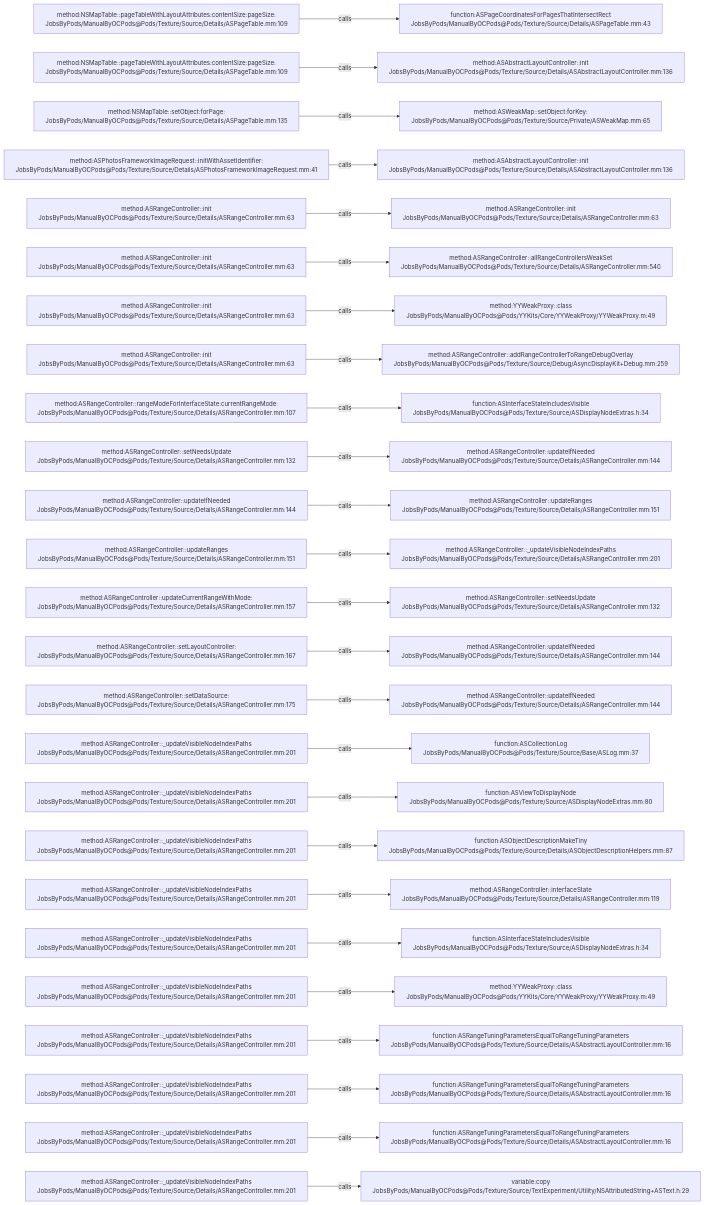
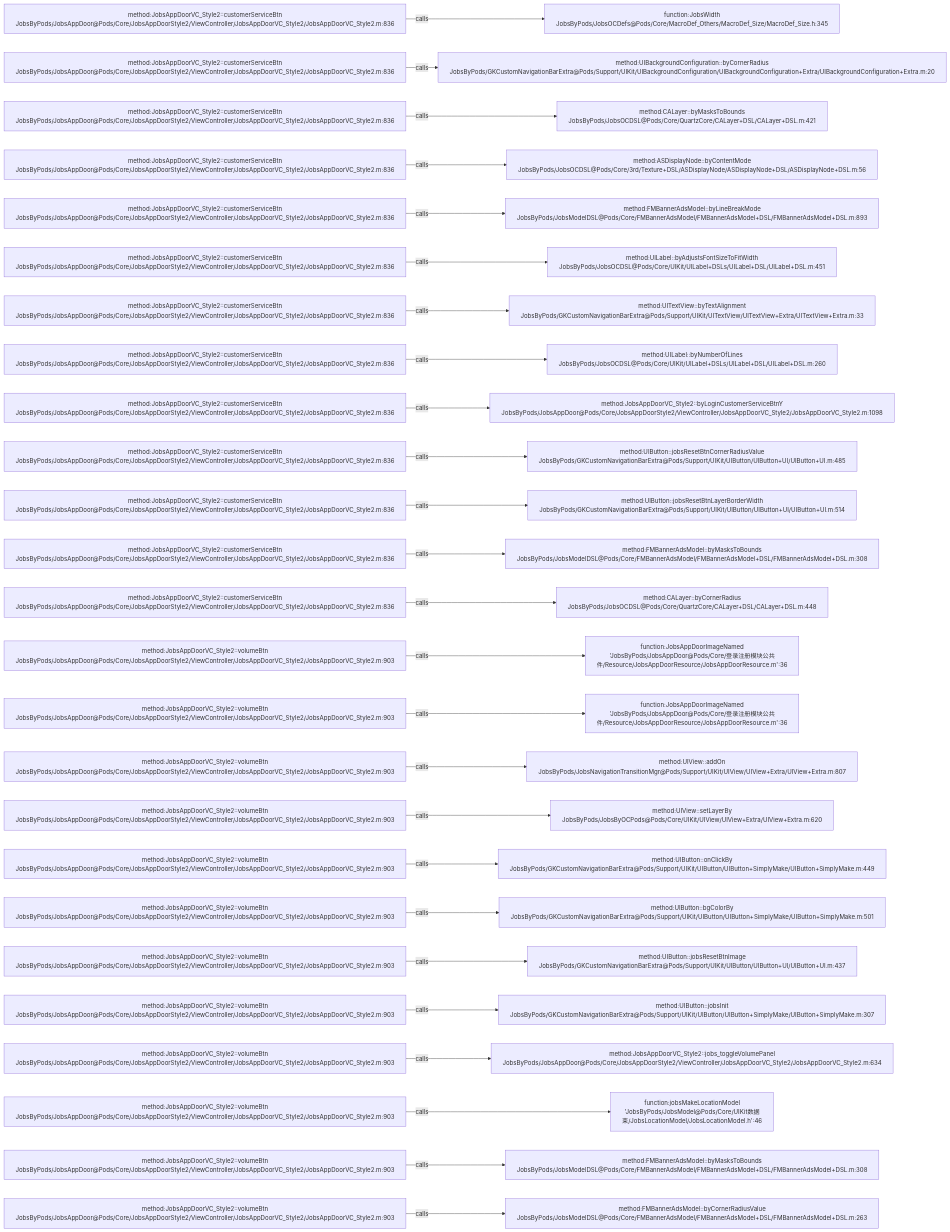
One commit to JobsKits/JobsOCBaseConfigDemo changed the diagram in .codegraph/codegraph.md/graphs/calls-147.md. Above: the diagram before and after it, drawn with Mermaid. The commit also changed 768 other files, not shown here.

````diff
--- a/.codegraph/codegraph.md/graphs/calls-147.md
+++ b/.codegraph/codegraph.md/graphs/calls-147.md
@@ -13,78 +13,78 @@
 ```mermaid
 flowchart LR
-  S1["method:NSMapTable::pageTableWithLayoutAttributes:contentSize:pageSize:<br/>JobsByPods/ManualByOCPods@Pods/Texture/Source/Details/ASPageTable.mm:109"]
-  T1["function:ASPageCoordinatesForPagesThatIntersectRect<br/>JobsByPods/ManualByOCPods@Pods/Texture/Source/Details/ASPageTable.mm:43"]
+  S1["method:JobsAppDoorVC_Style2::customerServiceBtn<br/>JobsByPods/JobsAppDoor@Pods/Core/JobsAppDoorStyle2/ViewController/JobsAppDoorVC_Style2/JobsAppDoorVC_Style2.m:836"]
+  T1["function:JobsWidth<br/>JobsByPods/JobsOCDefs@Pods/Core/MacroDef_Others/MacroDef_Size/MacroDef_Size.h:345"]
   S1 -->|calls| T1
-  S2["method:NSMapTable::pageTableWithLayoutAttributes:contentSize:pageSize:<br/>JobsByPods/ManualByOCPods@Pods/Texture/Source/Details/ASPageTable.mm:109"]
-  T2["method:ASAbstractLayoutController::init<br/>JobsByPods/ManualByOCPods@Pods/Texture/Source/Details/ASAbstractLayoutController.mm:136"]
+  S2["method:JobsAppDoorVC_Style2::customerServiceBtn<br/>JobsByPods/JobsAppDoor@Pods/Core/JobsAppDoorStyle2/ViewController/JobsAppDoorVC_Style2/JobsAppDoorVC_Style2.m:836"]
+  T2["method:UIBackgroundConfiguration::byCornerRadius<br/>JobsByPods/GKCustomNavigationBarExtra@Pods/Support/UIKit/UIBackgroundConfiguration/UIBackgroundConfiguration+Extra/UIBackgroundConfiguration+Extra.m:20"]
   S2 -->|calls| T2
-  S3["method:NSMapTable::setObject:forPage:<br/>JobsByPods/ManualByOCPods@Pods/Texture/Source/Details/ASPageTable.mm:135"]
-  T3["method:ASWeakMap::setObject:forKey:<br/>JobsByPods/ManualByOCPods@Pods/Texture/Source/Private/ASWeakMap.mm:65"]
+  S3["method:JobsAppDoorVC_Style2::customerServiceBtn<br/>JobsByPods/JobsAppDoor@Pods/Core/JobsAppDoorStyle2/ViewController/JobsAppDoorVC_Style2/JobsAppDoorVC_Style2.m:836"]
+  T3["method:CALayer::byMasksToBounds<br/>JobsByPods/JobsOCDSL@Pods/Core/QuartzCore/CALayer+DSL/CALayer+DSL.m:421"]
   S3 -->|calls| T3
-  S4["method:ASPhotosFrameworkImageRequest::initWithAssetIdentifier:<br/>JobsByPods/ManualByOCPods@Pods/Texture/Source/Details/ASPhotosFrameworkImageRequest.mm:41"]
-  T4["method:ASAbstractLayoutController::init<br/>JobsByPods/ManualByOCPods@Pods/Texture/Source/Details/ASAbstractLayoutController.mm:136"]
+  S4["method:JobsAppDoorVC_Style2::customerServiceBtn<br/>JobsByPods/JobsAppDoor@Pods/Core/JobsAppDoorStyle2/ViewController/JobsAppDoorVC_Style2/JobsAppDoorVC_Style2.m:836"]
+  T4["method:ASDisplayNode::byContentMode<br/>JobsByPods/JobsOCDSL@Pods/Core/3rd/Texture+DSL/ASDisplayNode/ASDisplayNode+DSL/ASDisplayNode+DSL.m:56"]
   S4 -->|calls| T4
-  S5["method:ASRangeController::init<br/>JobsByPods/ManualByOCPods@Pods/Texture/Source/Details/ASRangeController.mm:63"]
-  T5["method:ASRangeController::init<br/>JobsByPods/ManualByOCPods@Pods/Texture/Source/Details/ASRangeController.mm:63"]
+  S5["method:JobsAppDoorVC_Style2::customerServiceBtn<br/>JobsByPods/JobsAppDoor@Pods/Core/JobsAppDoorStyle2/ViewController/JobsAppDoorVC_Style2/JobsAppDoorVC_Style2.m:836"]
+  T5["method:FMBannerAdsModel::byLineBreakMode<br/>JobsByPods/JobsModelDSL@Pods/Core/FMBannerAdsModel/FMBannerAdsModel+DSL/FMBannerAdsModel+DSL.m:893"]
   S5 -->|calls| T5
-  S6["method:ASRangeController::init<br/>JobsByPods/ManualByOCPods@Pods/Texture/Source/Details/ASRangeController.mm:63"]
-  T6["method:ASRangeController::allRangeControllersWeakSet<br/>JobsByPods/ManualByOCPods@Pods/Texture/Source/Details/ASRangeController.mm:540"]
+  S6["method:JobsAppDoorVC_Style2::customerServiceBtn<br/>JobsByPods/JobsAppDoor@Pods/Core/JobsAppDoorStyle2/ViewController/JobsAppDoorVC_Style2/JobsAppDoorVC_Style2.m:836"]
+  T6["method:UILabel::byAdjustsFontSizeToFitWidth<br/>JobsByPods/JobsOCDSL@Pods/Core/UIKit/UILabel+DSLs/UILabel+DSL/UILabel+DSL.m:451"]
   S6 -->|calls| T6
-  S7["method:ASRangeController::init<br/>JobsByPods/ManualByOCPods@Pods/Texture/Source/Details/ASRangeController.mm:63"]
-  T7["method:YYWeakProxy::class<br/>JobsByPods/ManualByOCPods@Pods/YYKits/Core/YYWeakProxy/YYWeakProxy.m:49"]
+  S7["method:JobsAppDoorVC_Style2::customerServiceBtn<br/>JobsByPods/JobsAppDoor@Pods/Core/JobsAppDoorStyle2/ViewController/JobsAppDoorVC_Style2/JobsAppDoorVC_Style2.m:836"]
+  T7["method:UITextView::byTextAlignment<br/>JobsByPods/GKCustomNavigationBarExtra@Pods/Support/UIKit/UITextView/UITextView+Extra/UITextView+Extra.m:33"]
   S7 -->|calls| T7
-  S8["method:ASRangeController::init<br/>JobsByPods/ManualByOCPods@Pods/Texture/Source/Details/ASRangeController.mm:63"]
-  T8["method:ASRangeController::addRangeControllerToRangeDebugOverlay<br/>JobsByPods/ManualByOCPods@Pods/Texture/Source/Debug/AsyncDisplayKit+Debug.mm:259"]
+  S8["method:JobsAppDoorVC_Style2::customerServiceBtn<br/>JobsByPods/JobsAppDoor@Pods/Core/JobsAppDoorStyle2/ViewController/JobsAppDoorVC_Style2/JobsAppDoorVC_Style2.m:836"]
+  T8["method:UILabel::byNumberOfLines<br/>JobsByPods/JobsOCDSL@Pods/Core/UIKit/UILabel+DSLs/UILabel+DSL/UILabel+DSL.m:260"]
   S8 -->|calls| T8
-  S9["method:ASRangeController::rangeModeForInterfaceState:currentRangeMode:<br/>JobsByPods/ManualByOCPods@Pods/Texture/Source/Details/ASRangeController.mm:107"]
-  T9["function:ASInterfaceStateIncludesVisible<br/>JobsByPods/ManualByOCPods@Pods/Texture/Source/ASDisplayNodeExtras.h:34"]
+  S9["method:JobsAppDoorVC_Style2::customerServiceBtn<br/>JobsByPods/JobsAppDoor@Pods/Core/JobsAppDoorStyle2/ViewController/JobsAppDoorVC_Style2/JobsAppDoorVC_Style2.m:836"]
+  T9["method:JobsAppDoorVC_Style2::byLoginCustomerServiceBtnY<br/>JobsByPods/JobsAppDoor@Pods/Core/JobsAppDoorStyle2/ViewController/JobsAppDoorVC_Style2/JobsAppDoorVC_Style2.m:1098"]
   S9 -->|calls| T9
-  S10["method:ASRangeController::setNeedsUpdate<br/>JobsByPods/ManualByOCPods@Pods/Texture/Source/Details/ASRangeController.mm:132"]
-  T10["method:ASRangeController::updateIfNeeded<br/>JobsByPods/ManualByOCPods@Pods/Texture/Source/Details/ASRangeController.mm:144"]
+  S10["method:JobsAppDoorVC_Style2::customerServiceBtn<br/>JobsByPods/JobsAppDoor@Pods/Core/JobsAppDoorStyle2/ViewController/JobsAppDoorVC_Style2/JobsAppDoorVC_Style2.m:836"]
+  T10["method:UIButton::jobsResetBtnCornerRadiusValue<br/>JobsByPods/GKCustomNavigationBarExtra@Pods/Support/UIKit/UIButton/UIButton+UI/UIButton+UI.m:485"]
   S10 -->|calls| T10
-  S11["method:ASRangeController::updateIfNeeded<br/>JobsByPods/ManualByOCPods@Pods/Texture/Source/Details/ASRangeController.mm:144"]
-  T11["method:ASRangeController::updateRanges<br/>JobsByPods/ManualByOCPods@Pods/Texture/Source/Details/ASRangeController.mm:151"]
+  S11["method:JobsAppDoorVC_Style2::customerServiceBtn<br/>JobsByPods/JobsAppDoor@Pods/Core/JobsAppDoorStyle2/ViewController/JobsAppDoorVC_Style2/JobsAppDoorVC_Style2.m:836"]
+  T11["method:UIButton::jobsResetBtnLayerBorderWidth<br/>JobsByPods/GKCustomNavigationBarExtra@Pods/Support/UIKit/UIButton/UIButton+UI/UIButton+UI.m:514"]
   S11 -->|calls| T11
-  S12["method:ASRangeController::updateRanges<br/>JobsByPods/ManualByOCPods@Pods/Texture/Source/Details/ASRangeController.mm:151"]
-  T12["method:ASRangeController::_updateVisibleNodeIndexPaths<br/>JobsByPods/ManualByOCPods@Pods/Texture/Source/Details/ASRangeController.mm:201"]
+  S12["method:JobsAppDoorVC_Style2::customerServiceBtn<br/>JobsByPods/JobsAppDoor@Pods/Core/JobsAppDoorStyle2/ViewController/JobsAppDoorVC_Style2/JobsAppDoorVC_Style2.m:836"]
+  T12["method:FMBannerAdsModel::byMasksToBounds<br/>JobsByPods/JobsModelDSL@Pods/Core/FMBannerAdsModel/FMBannerAdsModel+DSL/FMBannerAdsModel+DSL.m:308"]
   S12 -->|calls| T12
-  S13["method:ASRangeController::updateCurrentRangeWithMode:<br/>JobsByPods/ManualByOCPods@Pods/Texture/Source/Details/ASRangeController.mm:157"]
-  T13["method:ASRangeController::setNeedsUpdate<br/>JobsByPods/ManualByOCPods@Pods/Texture/Source/Details/ASRangeController.mm:132"]
+  S13["method:JobsAppDoorVC_Style2::customerServiceBtn<br/>JobsByPods/JobsAppDoor@Pods/Core/JobsAppDoorStyle2/ViewController/JobsAppDoorVC_Style2/JobsAppDoorVC_Style2.m:836"]
+  T13["method:CALayer::byCornerRadius<br/>JobsByPods/JobsOCDSL@Pods/Core/QuartzCore/CALayer+DSL/CALayer+DSL.m:448"]
   S13 -->|calls| T13
-  S14["method:ASRangeController::setLayoutController:<br/>JobsByPods/ManualByOCPods@Pods/Texture/Source/Details/ASRangeController.mm:167"]
-  T14["method:ASRangeController::updateIfNeeded<br/>JobsByPods/ManualByOCPods@Pods/Texture/Source/Details/ASRangeController.mm:144"]
+  S14["method:JobsAppDoorVC_Style2::volumeBtn<br/>JobsByPods/JobsAppDoor@Pods/Core/JobsAppDoorStyle2/ViewController/JobsAppDoorVC_Style2/JobsAppDoorVC_Style2.m:903"]
+  T14["function:JobsAppDoorImageNamed<br/>'JobsByPods/JobsAppDoor@Pods/Core/登录注册模块公共件/Resource/JobsAppDoorResource/JobsAppDoorResource.m':36"]
   S14 -->|calls| T14
-  S15["method:ASRangeController::setDataSource:<br/>JobsByPods/ManualByOCPods@Pods/Texture/Source/Details/ASRangeController.mm:175"]
-  T15["method:ASRangeController::updateIfNeeded<br/>JobsByPods/ManualByOCPods@Pods/Texture/Source/Details/ASRangeController.mm:144"]
+  S15["method:JobsAppDoorVC_Style2::volumeBtn<br/>JobsByPods/JobsAppDoor@Pods/Core/JobsAppDoorStyle2/ViewController/JobsAppDoorVC_Style2/JobsAppDoorVC_Style2.m:903"]
+  T15["function:JobsAppDoorImageNamed<br/>'JobsByPods/JobsAppDoor@Pods/Core/登录注册模块公共件/Resource/JobsAppDoorResource/JobsAppDoorResource.m':36"]
   S15 -->|calls| T15
-  S16["method:ASRangeController::_updateVisibleNodeIndexPaths<br/>JobsByPods/ManualByOCPods@Pods/Texture/Source/Details/ASRangeController.mm:201"]
-  T16["function:ASCollectionLog<br/>JobsByPods/ManualByOCPods@Pods/Texture/Source/Base/ASLog.mm:37"]
+  S16["method:JobsAppDoorVC_Style2::volumeBtn<br/>JobsByPods/JobsAppDoor@Pods/Core/JobsAppDoorStyle2/ViewController/JobsAppDoorVC_Style2/JobsAppDoorVC_Style2.m:903"]
+  T16["method:UIView::addOn<br/>JobsByPods/JobsNavigationTransitionMgr@Pods/Support/UIKit/UIView/UIView+Extra/UIView+Extra.m:807"]
   S16 -->|calls| T16
-  S17["method:ASRangeController::_updateVisibleNodeIndexPaths<br/>JobsByPods/ManualByOCPods@Pods/Texture/Source/Details/ASRangeController.mm:201"]
-  T17["function:ASViewToDisplayNode<br/>JobsByPods/ManualByOCPods@Pods/Texture/Source/ASDisplayNodeExtras.mm:80"]
+  S17["method:JobsAppDoorVC_Style2::volumeBtn<br/>JobsByPods/JobsAppDoor@Pods/Core/JobsAppDoorStyle2/ViewController/JobsAppDoorVC_Style2/JobsAppDoorVC_Style2.m:903"]
+  T17["method:UIView::setLayerBy<br/>JobsByPods/JobsByOCPods@Pods/Core/UIKit/UIView/UIView+Extra/UIView+Extra.m:620"]
   S17 -->|calls| T17
-  S18["method:ASRangeController::_updateVisibleNodeIndexPaths<br/>JobsByPods/ManualByOCPods@Pods/Texture/Source/Details/ASRangeController.mm:201"]
-  T18["function:ASObjectDescriptionMakeTiny<br/>JobsByPods/ManualByOCPods@Pods/Texture/Source/Details/ASObjectDescriptionHelpers.mm:87"]
+  S18["method:JobsAppDoorVC_Style2::volumeBtn<br/>JobsByPods/JobsAppDoor@Pods/Core/JobsAppDoorStyle2/ViewController/JobsAppDoorVC_Style2/JobsAppDoorVC_Style2.m:903"]
+  T18["method:UIButton::onClickBy<br/>JobsByPods/GKCustomNavigationBarExtra@Pods/Support/UIKit/UIButton/UIButton+SimplyMake/UIButton+SimplyMake.m:449"]
   S18 -->|calls| T18
-  S19["method:ASRangeController::_updateVisibleNodeIndexPaths<br/>JobsByPods/ManualByOCPods@Pods/Texture/Source/Details/ASRangeController.mm:201"]
-  T19["method:ASRangeController::interfaceState<br/>JobsByPods/ManualByOCPods@Pods/Texture/Source/Details/ASRangeController.mm:119"]
+  S19["method:JobsAppDoorVC_Style2::volumeBtn<br/>JobsByPods/JobsAppDoor@Pods/Core/JobsAppDoorStyle2/ViewController/JobsAppDoorVC_Style2/JobsAppDoorVC_Style2.m:903"]
+  T19["method:UIButton::bgColorBy<br/>JobsByPods/GKCustomNavigationBarExtra@Pods/Support/UIKit/UIButton/UIButton+SimplyMake/UIButton+SimplyMake.m:501"]
   S19 -->|calls| T19
-  S20["method:ASRangeController::_updateVisibleNodeIndexPaths<br/>JobsByPods/ManualByOCPods@Pods/Texture/Source/Details/ASRangeController.mm:201"]
-  T20["function:ASInterfaceStateIncludesVisible<br/>JobsByPods/ManualByOCPods@Pods/Texture/Source/ASDisplayNodeExtras.h:34"]
+  S20["method:JobsAppDoorVC_Style2::volumeBtn<br/>JobsByPods/JobsAppDoor@Pods/Core/JobsAppDoorStyle2/ViewController/JobsAppDoorVC_Style2/JobsAppDoorVC_Style2.m:903"]
+  T20["method:UIButton::jobsResetBtnImage<br/>JobsByPods/GKCustomNavigationBarExtra@Pods/Support/UIKit/UIButton/UIButton+UI/UIButton+UI.m:437"]
   S20 -->|calls| T20
-  S21["method:ASRangeController::_updateVisibleNodeIndexPaths<br/>JobsByPods/ManualByOCPods@Pods/Texture/Source/Details/ASRangeController.mm:201"]
-  T21["method:YYWeakProxy::class<br/>JobsByPods/ManualByOCPods@Pods/YYKits/Core/YYWeakProxy/YYWeakProxy.m:49"]
+  S21["method:JobsAppDoorVC_Style2::volumeBtn<br/>JobsByPods/JobsAppDoor@Pods/Core/JobsAppDoorStyle2/ViewController/JobsAppDoorVC_Style2/JobsAppDoorVC_Style2.m:903"]
+  T21["method:UIButton::jobsInit<br/>JobsByPods/GKCustomNavigationBarExtra@Pods/Support/UIKit/UIButton/UIButton+SimplyMake/UIButton+SimplyMake.m:307"]
   S21 -->|calls| T21
-  S22["method:ASRangeController::_updateVisibleNodeIndexPaths<br/>JobsByPods/ManualByOCPods@Pods/Texture/Source/Details/ASRangeController.mm:201"]
-  T22["function:ASRangeTuningParametersEqualToRangeTuningParameters<br/>JobsByPods/ManualByOCPods@Pods/Texture/Source/Details/ASAbstractLayoutController.mm:16"]
+  S22["method:JobsAppDoorVC_Style2::volumeBtn<br/>JobsByPods/JobsAppDoor@Pods/Core/JobsAppDoorStyle2/ViewController/JobsAppDoorVC_Style2/JobsAppDoorVC_Style2.m:903"]
+  T22["method:JobsAppDoorVC_Style2::jobs_toggleVolumePanel<br/>JobsByPods/JobsAppDoor@Pods/Core/JobsAppDoorStyle2/ViewController/JobsAppDoorVC_Style2/JobsAppDoorVC_Style2.m:634"]
   S22 -->|calls| T22
-  S23["method:ASRangeController::_updateVisibleNodeIndexPaths<br/>JobsByPods/ManualByOCPods@Pods/Texture/Source/Details/ASRangeController.mm:201"]
-  T23["function:ASRangeTuningParametersEqualToRangeTuningParameters<br/>JobsByPods/ManualByOCPods@Pods/Texture/Source/Details/ASAbstractLayoutController.mm:16"]
+  S23["method:JobsAppDoorVC_Style2::volumeBtn<br/>JobsByPods/JobsAppDoor@Pods/Core/JobsAppDoorStyle2/ViewController/JobsAppDoorVC_Style2/JobsAppDoorVC_Style2.m:903"]
+  T23["function:jobsMakeLocationModel<br/>'JobsByPods/JobsModel@Pods/Core/UIKit数据束/JobsLocationModel/JobsLocationModel.h':46"]
   S23 -->|calls| T23
-  S24["method:ASRangeController::_updateVisibleNodeIndexPaths<br/>JobsByPods/ManualByOCPods@Pods/Texture/Source/Details/ASRangeController.mm:201"]
-  T24["function:ASRangeTuningParametersEqualToRangeTuningParameters<br/>JobsByPods/ManualByOCPods@Pods/Texture/Source/Details/ASAbstractLayoutController.mm:16"]
+  S24["method:JobsAppDoorVC_Style2::volumeBtn<br/>JobsByPods/JobsAppDoor@Pods/Core/JobsAppDoorStyle2/ViewController/JobsAppDoorVC_Style2/JobsAppDoorVC_Style2.m:903"]
+  T24["method:FMBannerAdsModel::byMasksToBounds<br/>JobsByPods/JobsModelDSL@Pods/Core/FMBannerAdsModel/FMBannerAdsModel+DSL/FMBannerAdsModel+DSL.m:308"]
   S24 -->|calls| T24
-  S25["method:ASRangeController::_updateVisibleNodeIndexPaths<br/>JobsByPods/ManualByOCPods@Pods/Texture/Source/Details/ASRangeController.mm:201"]
-  T25["variable:copy<br/>JobsByPods/ManualByOCPods@Pods/Texture/Source/TextExperiment/Utility/NSAttributedString+ASText.h:29"]
+  S25["method:JobsAppDoorVC_Style2::volumeBtn<br/>JobsByPods/JobsAppDoor@Pods/Core/JobsAppDoorStyle2/ViewController/JobsAppDoorVC_Style2/JobsAppDoorVC_Style2.m:903"]
+  T25["method:FMBannerAdsModel::byCornerRadiusValue<br/>JobsByPods/JobsModelDSL@Pods/Core/FMBannerAdsModel/FMBannerAdsModel+DSL/FMBannerAdsModel+DSL.m:263"]
   S25 -->|calls| T25
 ```
````
